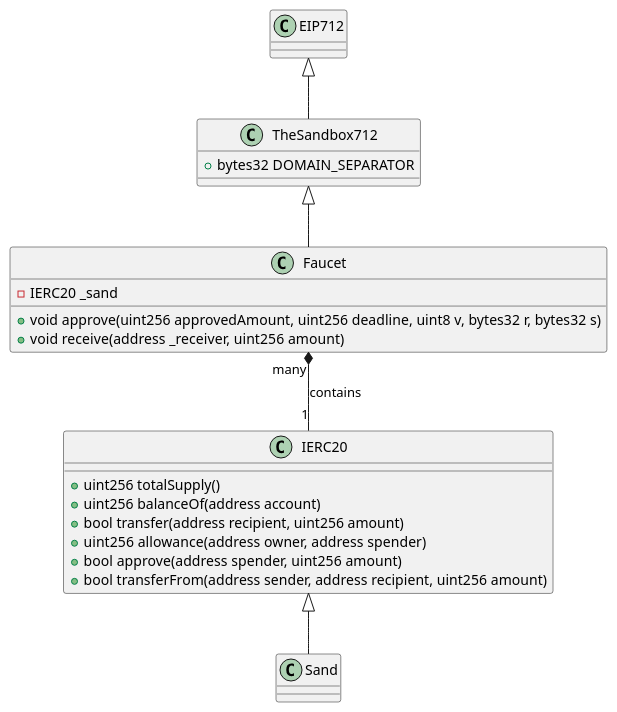
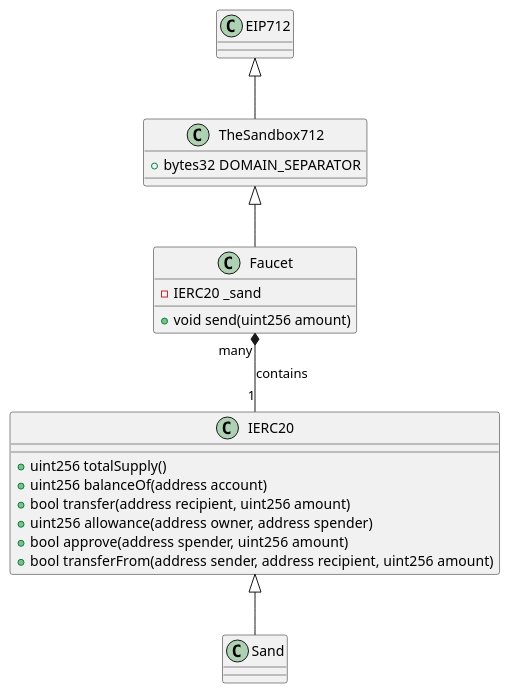
Before and after one commit to thesandboxgame/sandbox-smart-contracts: the first of 2 diagrams in docs/topics/faucet/Faucet.md, drawn with PlantUML. The commit also changed other lines of this file and 4 other files, not shown here.

````diff
--- a/docs/topics/faucet/Faucet.md
+++ b/docs/topics/faucet/Faucet.md
@@ -110,30 +44,29 @@
 ```plantuml
 @startuml
 EIP712 <|-- TheSandbox712
 TheSandbox712 <|-- Faucet
 IERC20 <|-- Sand
 Faucet "many" *-- "1" IERC20 : contains
 
 class EIP712 {
 }
 
 class TheSandbox712 {
   + bytes32 DOMAIN_SEPARATOR
 }
 
 class Faucet {
   - IERC20 _sand
-  + void approve(uint256 approvedAmount, uint256 deadline, uint8 v, bytes32 r, bytes32 s)
-  + void receive(address _receiver, uint256 amount)
+  + void send(uint256 amount)
 }
 
 class IERC20 {
   + uint256 totalSupply() 
   + uint256 balanceOf(address account)
   + bool transfer(address recipient, uint256 amount)
   + uint256 allowance(address owner, address spender)
   + bool approve(address spender, uint256 amount)
   + bool transferFrom(address sender, address recipient, uint256 amount)
 }
 @enduml
 ```
````
